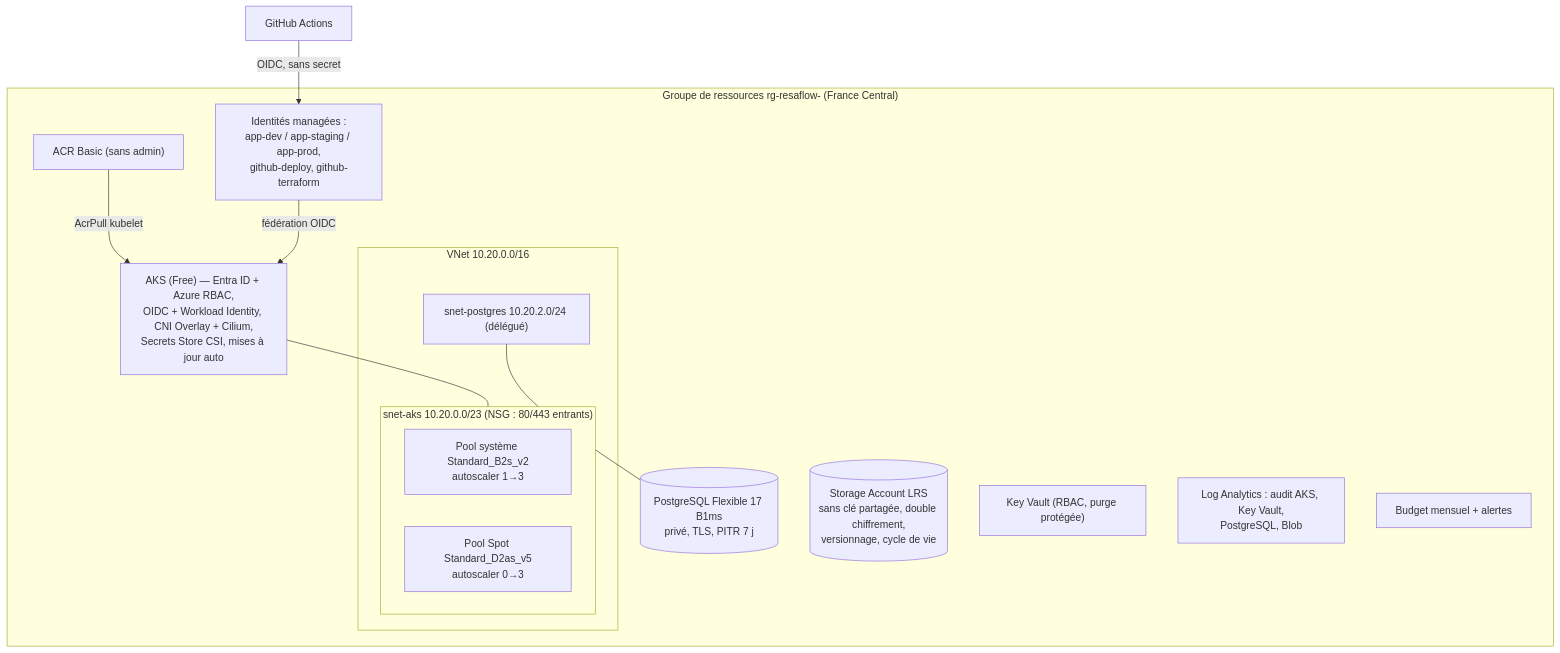
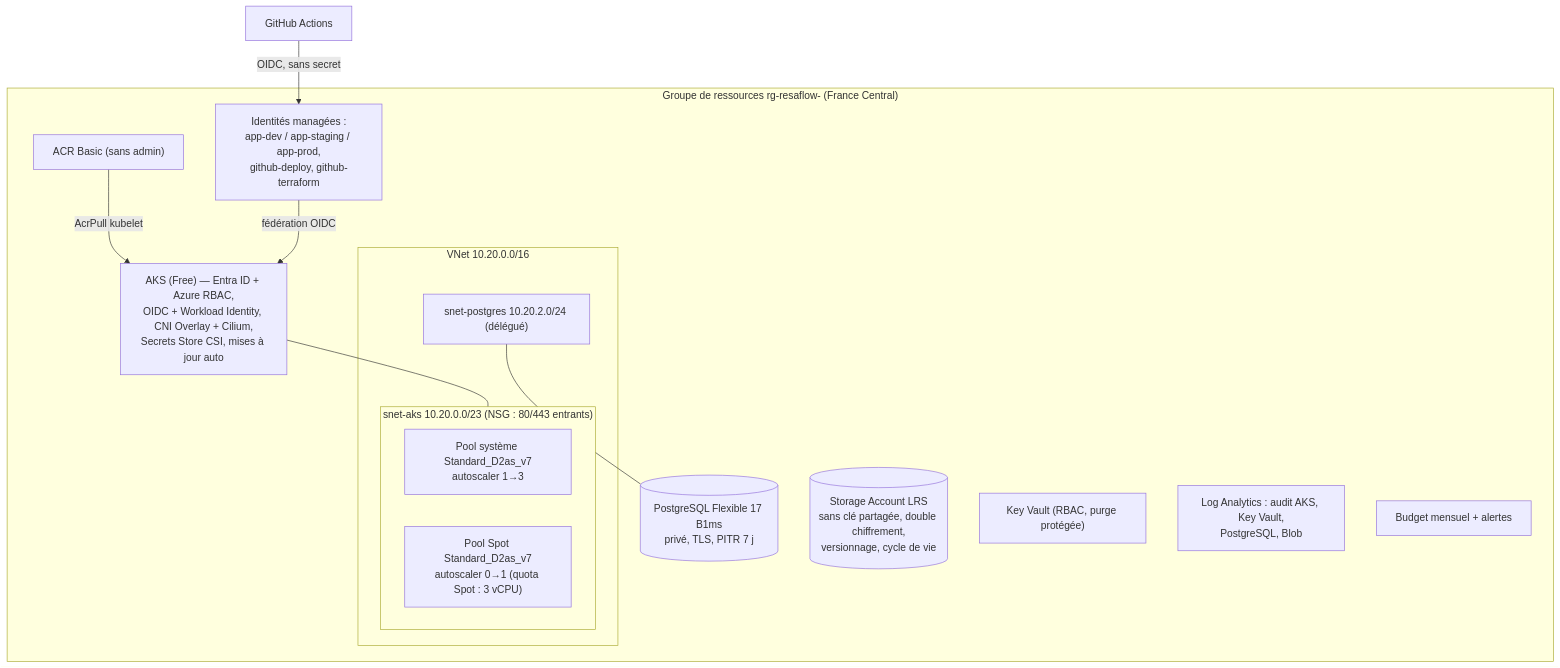
Before and after one commit to gaspard63/resaflow: the second of 3 diagrams in docs/architecture.md, drawn with Mermaid. The commit also changed 3 other files, not shown here.

````diff
--- a/docs/architecture.md
+++ b/docs/architecture.md
@@ -49,25 +49,25 @@
 ```mermaid
 flowchart TB
   subgraph RG["Groupe de ressources rg-resaflow-<suffixe> (France Central)"]
     subgraph VNET["VNet 10.20.0.0/16"]
       subgraph SAKS["snet-aks 10.20.0.0/23 (NSG : 80/443 entrants)"]
-        SYS["Pool système Standard_B2s_v2<br/>autoscaler 1→3"]
-        SPOT["Pool Spot Standard_D2as_v5<br/>autoscaler 0→3"]
+        SYS["Pool système Standard_D2as_v7<br/>autoscaler 1→3"]
+        SPOT["Pool Spot Standard_D2as_v7<br/>autoscaler 0→1 (quota Spot : 3 vCPU)"]
       end
       SPG["snet-postgres 10.20.2.0/24 (délégué)"]
     end
     AKS["AKS (Free) — Entra ID + Azure RBAC,<br/>OIDC + Workload Identity, CNI Overlay + Cilium,<br/>Secrets Store CSI, mises à jour auto"]
     PG[("PostgreSQL Flexible 17 B1ms<br/>privé, TLS, PITR 7 j")]
     ST[("Storage Account LRS<br/>sans clé partagée, double chiffrement,<br/>versionnage, cycle de vie")]
     KV["Key Vault (RBAC, purge protégée)"]
     ACR["ACR Basic (sans admin)"]
     LA["Log Analytics : audit AKS, Key Vault,<br/>PostgreSQL, Blob"]
     BUD["Budget mensuel + alertes"]
     ID["Identités managées :<br/>app-dev / app-staging / app-prod,<br/>github-deploy, github-terraform"]
   end
   SPG --- PG
   AKS --- SAKS
   ACR -->|AcrPull kubelet| AKS
   ID -->|fédération OIDC| AKS
   GH[GitHub Actions] -->|OIDC, sans secret| ID
 ```
````
